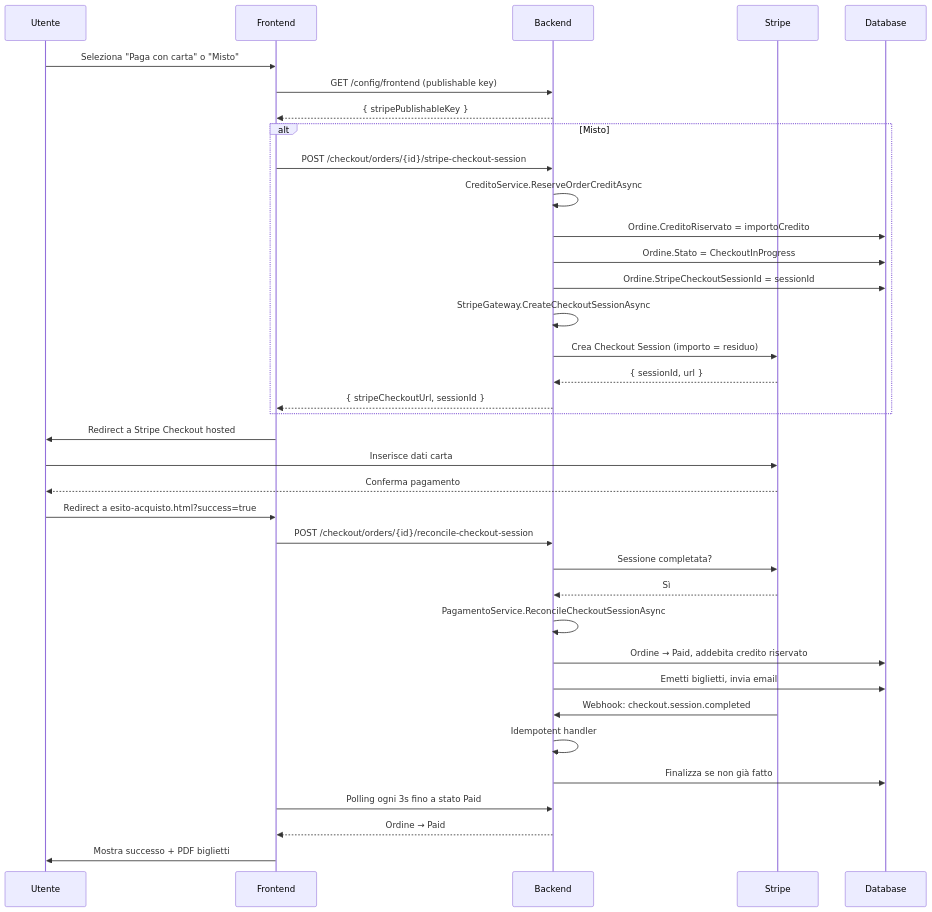
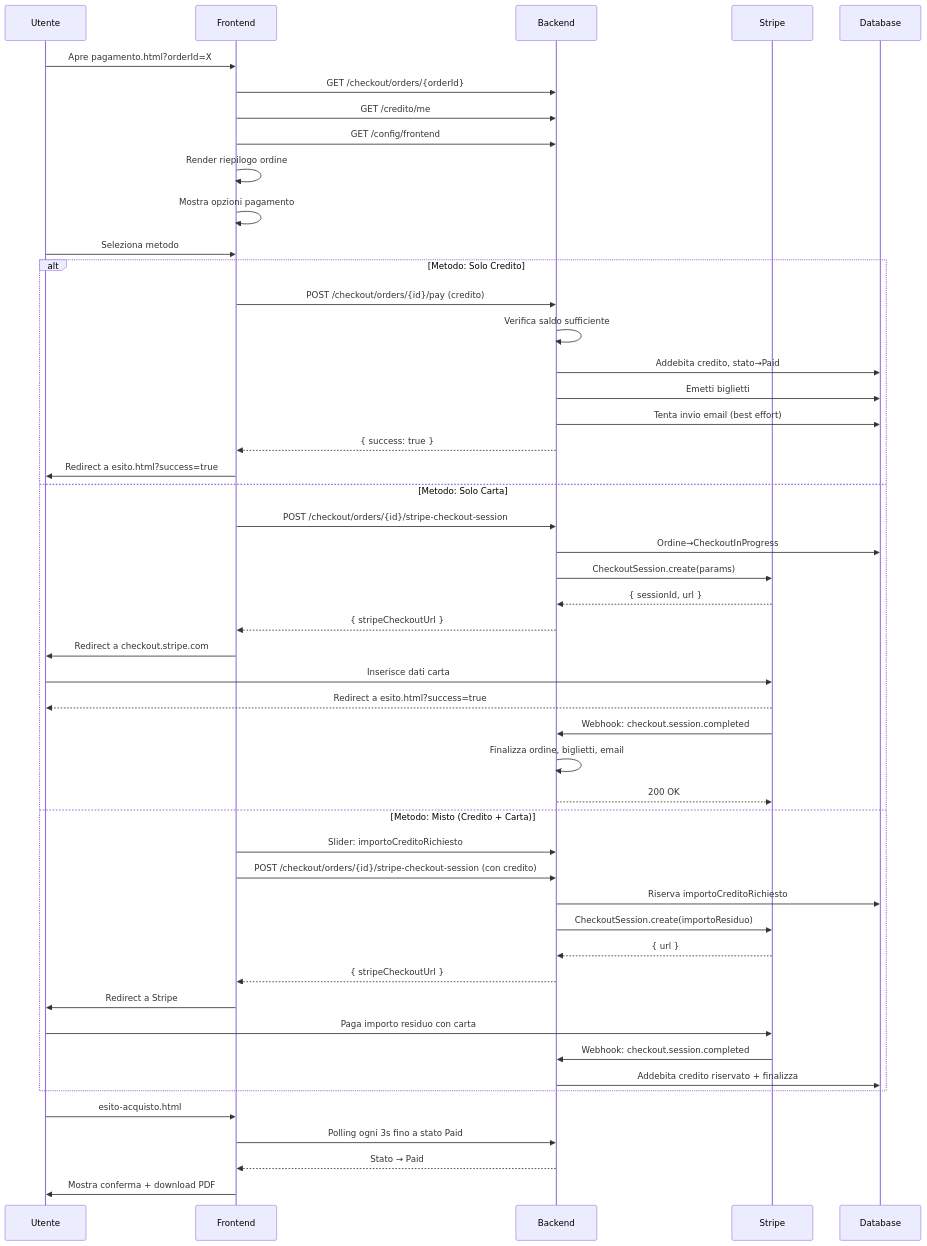
The second of 3 diagrams in film-app-dev_iteration_4/presentazione/06-pagamenti.md (RizzoThomas/esercizioopencodefilm), drawn with Mermaid before and after one commit. The commit also changed other lines of this file and 10 other files, not shown here.

Commit message:
docs: enhance presentazione with tables, pie charts, and detailed workflows

````diff
--- a/film-app-dev_iteration_4/presentazione/06-pagamenti.md
+++ b/film-app-dev_iteration_4/presentazione/06-pagamenti.md
@@ -48,44 +81,58 @@
 ```mermaid
 sequenceDiagram
     participant U as Utente
     participant F as Frontend
     participant B as Backend
-    participant STR as Stripe
+    participant S as Stripe
     participant DB as Database
 
-    U->>F: Seleziona "Paga con carta" o "Misto"
-    F->>B: GET /config/frontend (publishable key)
-    B-->>F: { stripePublishableKey }
+    U->>F: Apre pagamento.html?orderId=X
+    F->>B: GET /checkout/orders/{orderId}
+    F->>B: GET /credito/me
+    F->>B: GET /config/frontend
 
-    alt Misto
+    F->>F: Render riepilogo ordine
+    F->>F: Mostra opzioni pagamento
+
+    U->>F: Seleziona metodo
+    
+    Alt Metodo: Solo Credito
+        F->>B: POST /checkout/orders/{id}/pay (credito)
+        B->>B: Verifica saldo sufficiente
+        B->>DB: Addebita credito, stato→Paid
+        B->>DB: Emetti biglietti
+        B->>DB: Tenta invio email (best effort)
+        B-->>F: { success: true }
+        F->>U: Redirect a esito.html?success=true
+
+    Else Metodo: Solo Carta
         F->>B: POST /checkout/orders/{id}/stripe-checkout-session
-        B->>B: CreditoService.ReserveOrderCreditAsync
-        B->>DB: Ordine.CreditoRiservato = importoCredito
-        B->>DB: Ordine.Stato = CheckoutInProgress
-        B->>DB: Ordine.StripeCheckoutSessionId = sessionId
-        B->>B: StripeGateway.CreateCheckoutSessionAsync
-        B->>STR: Crea Checkout Session (importo = residuo)
-        STR-->>B: { sessionId, url }
-        B-->>F: { stripeCheckoutUrl, sessionId }
-    end
+        B->>DB: Ordine→CheckoutInProgress
+        B->>S: CheckoutSession.create(params)
+        S-->>B: { sessionId, url }
+        B-->>F: { stripeCheckoutUrl }
+        F->>U: Redirect a checkout.stripe.com
+        U->>S: Inserisce dati carta
+        S-->>U: Redirect a esito.html?success=true
+        S->>B: Webhook: checkout.session.completed
+        B->>B: Finalizza ordine, biglietti, email
+        B-->>S: 200 OK
 
-    F->>U: Redirect a Stripe Checkout hosted
-    U->>STR: Inserisce dati carta
-    STR-->>U: Conferma pagamento
+    Else Metodo: Misto (Credito + Carta)
+        F->>B: Slider: importoCreditoRichiesto
+        F->>B: POST /checkout/orders/{id}/stripe-checkout-session (con credito)
+        B->>DB: Riserva importoCreditoRichiesto
+        B->>S: CheckoutSession.create(importoResiduo)
+        S-->>B: { url }
+        B-->>F: { stripeCheckoutUrl }
+        F->>U: Redirect a Stripe
+        U->>S: Paga importo residuo con carta
+        S->>B: Webhook: checkout.session.completed
+        B->>DB: Addebita credito riservato + finalizza
+    End
 
-    U->>F: Redirect a esito-acquisto.html?success=true
-    F->>B: POST /checkout/orders/{id}/reconcile-checkout-session
-    B->>STR: Sessione completata?
-    STR-->>B: Sì
-    B->>B: PagamentoService.ReconcileCheckoutSessionAsync
-    B->>DB: Ordine → Paid, addebita credito riservato
-    B->>DB: Emetti biglietti, invia email
-
-    STR->>B: Webhook: checkout.session.completed
-    B->>B: Idempotent handler
-    B->>DB: Finalizza se non già fatto
-
+    U->>F: esito-acquisto.html
     F->>B: Polling ogni 3s fino a stato Paid
-    B-->>F: Ordine → Paid
-    F->>U: Mostra successo + PDF biglietti
+    B-->>F: Stato → Paid
+    F->>U: Mostra conferma + download PDF
 ```
````
